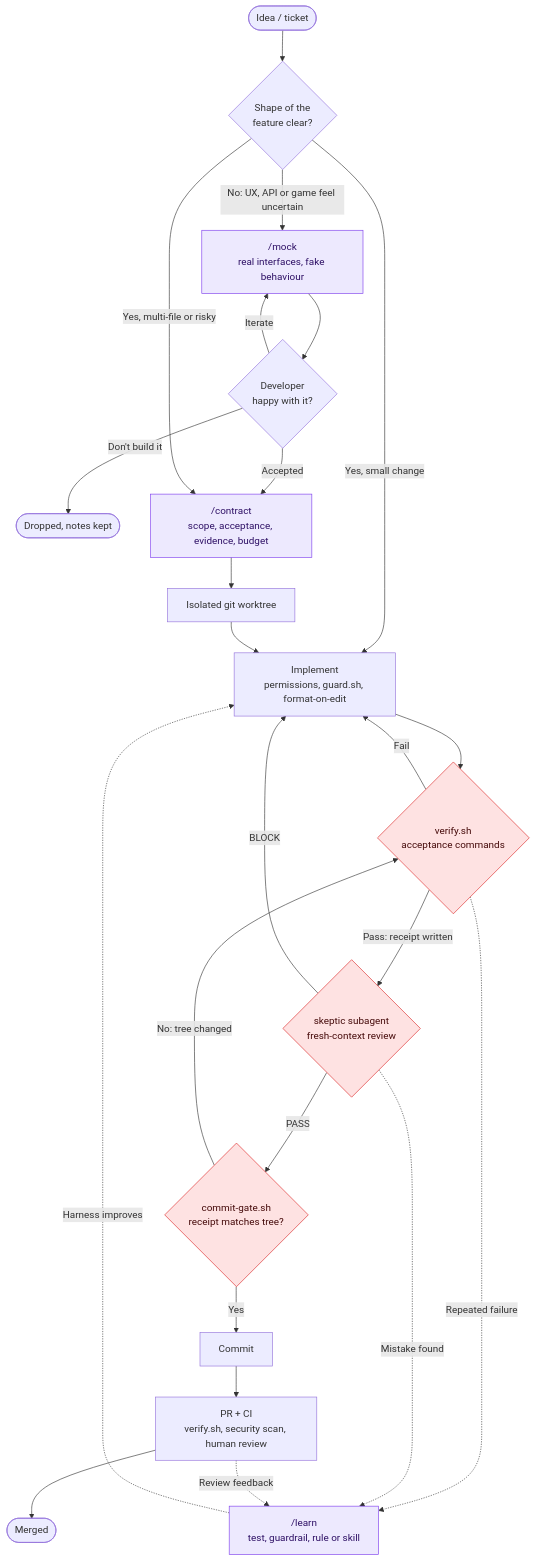
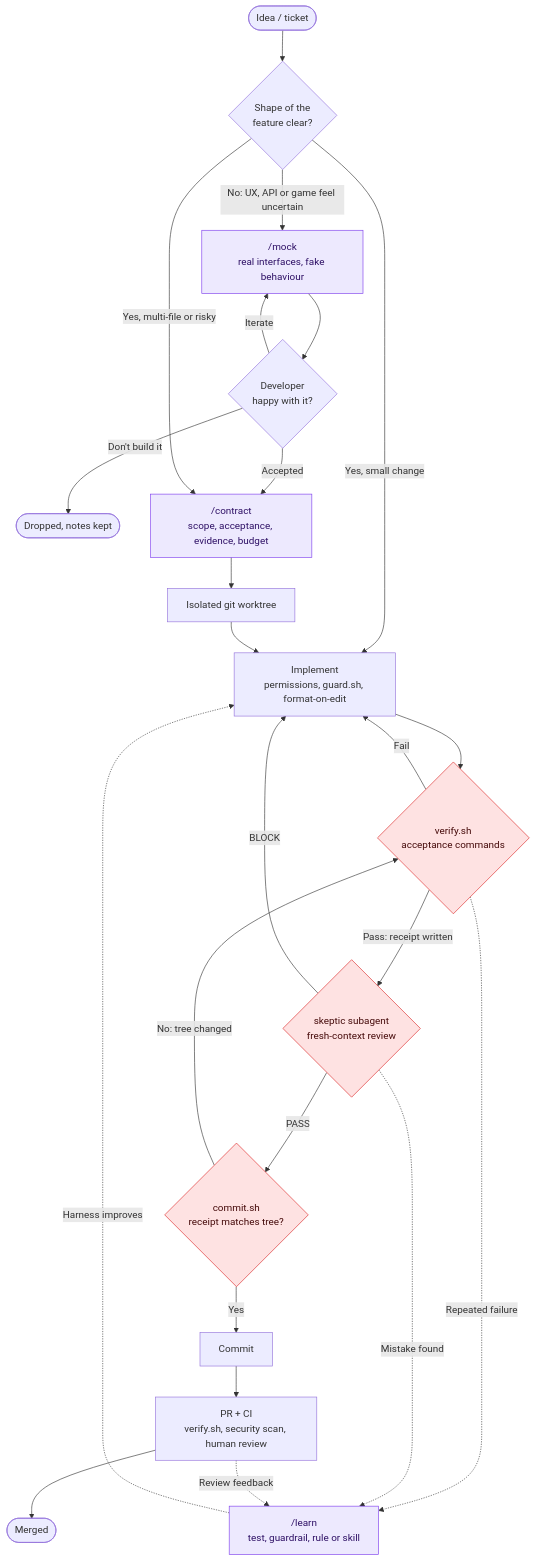
One commit to paezao/harness changed the second of 2 diagrams in README.md. Above: the diagram before and after it, drawn with Mermaid. The commit also changed other lines of this file and 18 other files, not shown here.

````diff
--- a/README.md
+++ b/README.md
@@ -116,32 +119,32 @@
 ```mermaid
 flowchart TD
     idea([Idea / ticket]) --> shape{Shape of the<br/>feature clear?}
     shape -- "No: UX, API or game feel uncertain" --> mock["/mock<br/>real interfaces, fake behaviour"]
     mock --> feedback{Developer<br/>happy with it?}
     feedback -- "Iterate" --> mock
     feedback -- "Don't build it" --> dropped([Dropped, notes kept])
     feedback -- "Accepted" --> contract
     shape -- "Yes, multi-file or risky" --> contract["/contract<br/>scope, acceptance, evidence, budget"]
     shape -- "Yes, small change" --> implement
     contract --> worktree[Isolated git worktree]
     worktree --> implement["Implement<br/>permissions, guard.sh, format-on-edit"]
     implement --> verify{"verify.sh<br/>acceptance commands"}
     verify -- "Fail" --> implement
     verify -- "Pass: receipt written" --> skeptic{"skeptic subagent<br/>fresh-context review"}
     skeptic -- "BLOCK" --> implement
-    skeptic -- "PASS" --> gate{"commit-gate.sh<br/>receipt matches tree?"}
+    skeptic -- "PASS" --> gate{"commit.sh<br/>receipt matches tree?"}
     gate -- "No: tree changed" --> verify
     gate -- "Yes" --> commit[Commit]
     commit --> pr["PR + CI<br/>verify.sh, security scan, human review"]
     pr --> merged([Merged])
 
     verify -. "Repeated failure" .-> learn["/learn<br/>test, guardrail, rule or skill"]
     skeptic -. "Mistake found" .-> learn
     pr -. "Review feedback" .-> learn
     learn -. "Harness improves" .-> implement
 
     classDef skill fill:#ede9fe,stroke:#7c3aed,color:#2e1065
     classDef gate fill:#fee2e2,stroke:#dc2626,color:#450a0a
     class mock,contract,learn skill
     class verify,skeptic,gate gate
 ```
````
